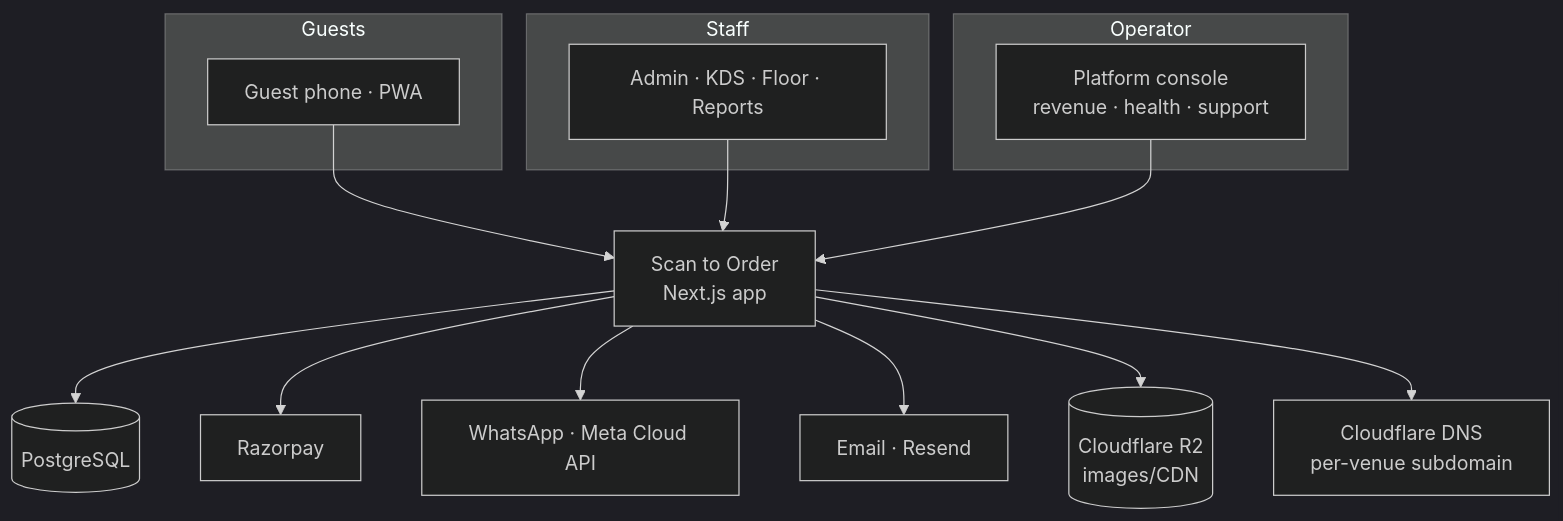
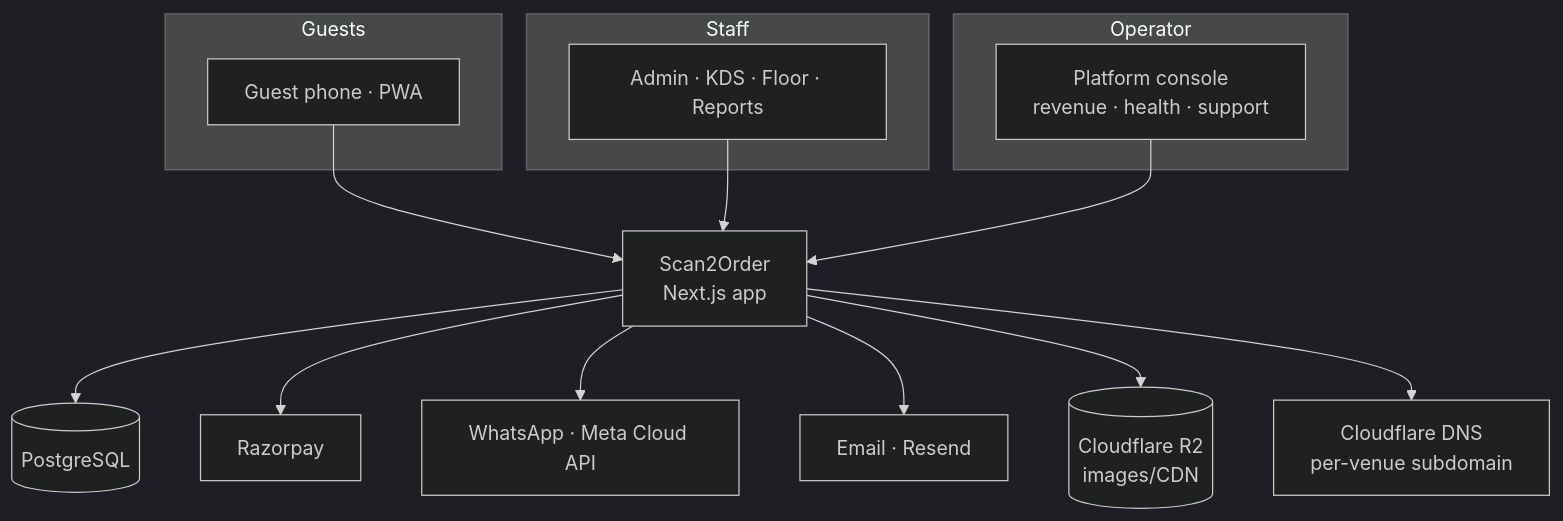
Before and after one commit to MadhuS-1605/scan2order: the eighth of 8 diagrams in docs/flows.md, drawn with Mermaid (dark theme). The commit also changed other lines of this file and 39 other files, not shown here.

````diff
--- a/docs/flows.md
+++ b/docs/flows.md
@@ -113,21 +113,21 @@
 ```mermaid
 flowchart TB
     subgraph Guests
       Phone[Guest phone · PWA]
     end
     subgraph Staff
       Admin[Admin · KDS · Floor · Reports]
     end
-    Phone --> App[Scan to Order<br/>Next.js app]
+    Phone --> App[Scan2Order<br/>Next.js app]
     Admin --> App
     App --> DB[(PostgreSQL)]
     App --> RZP[Razorpay]
     App --> WA[WhatsApp · Meta Cloud API]
     App --> Mail[Email · Resend]
     App --> R2[(Cloudflare R2<br/>images/CDN)]
     App --> CF[Cloudflare DNS<br/>per-venue subdomain]
     subgraph Operator
       Super[Platform console<br/>revenue · health · support]
     end
     Super --> App
 ```
````
